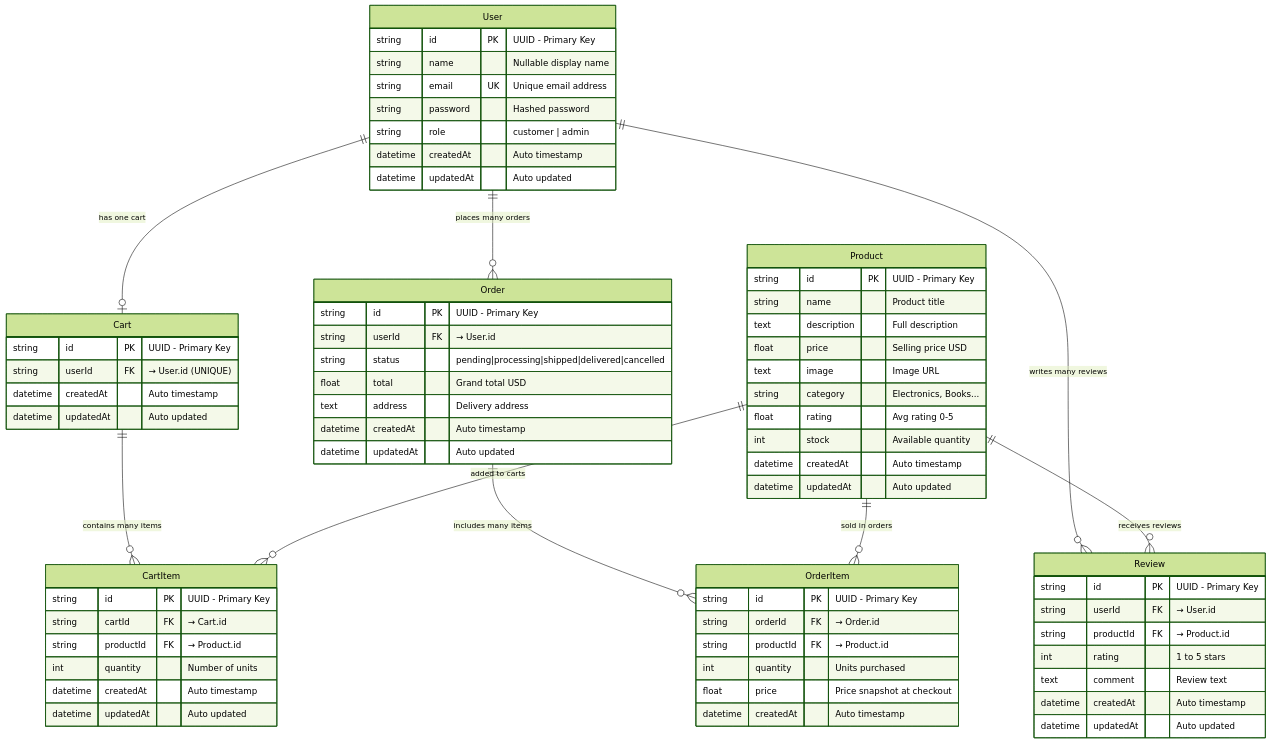
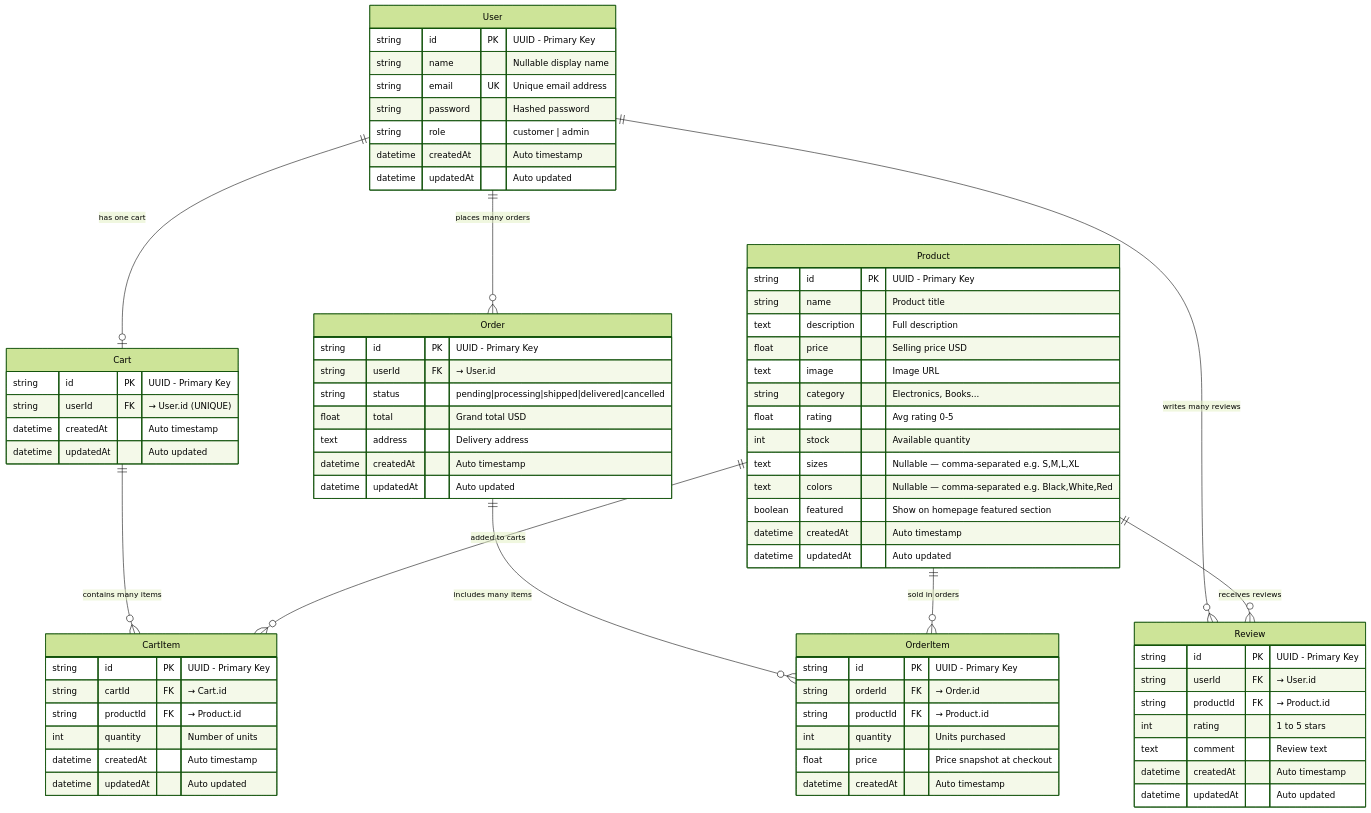
One commit to mix926/E-commerce-full-stack changed the diagram in docs/database-relationships.md. Above: the diagram before and after it, drawn with Mermaid (forest theme). The commit also changed other lines of this file, not shown here.

```diff
--- a/docs/database-relationships.md
+++ b/docs/database-relationships.md
@@ -28,6 +199,9 @@
         string   category        "Electronics, Books..."
         float    rating          "Avg rating 0-5"
         int      stock           "Available quantity"
+        text     sizes           "Nullable — comma-separated e.g. S,M,L,XL"
+        text     colors          "Nullable — comma-separated e.g. Black,White,Red"
+        boolean  featured        "Show on homepage featured section"
         datetime createdAt       "Auto timestamp"
         datetime updatedAt       "Auto updated"
     }
@@ -77,7 +251,6 @@
         datetime updatedAt     "Auto updated"
     }
 
-    %% ── Relationships ──────────────────────────────
     User     ||--o|  Cart      : "has one cart"
     User     ||--o{  Order     : "places many orders"
     User     ||--o{  Review    : "writes many reviews"
```
